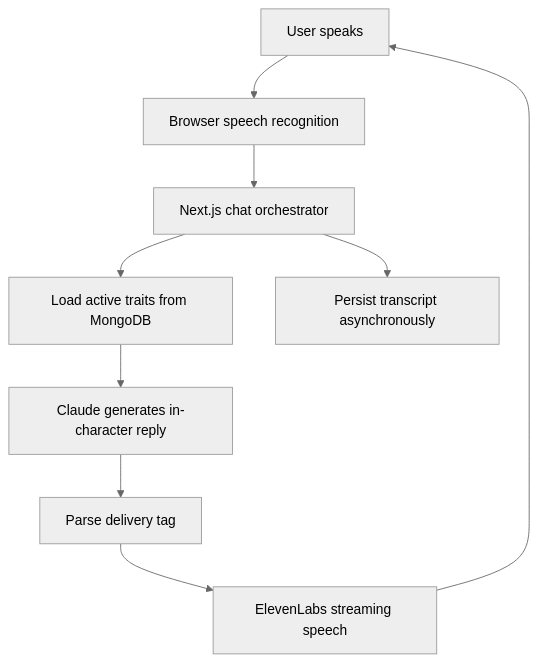
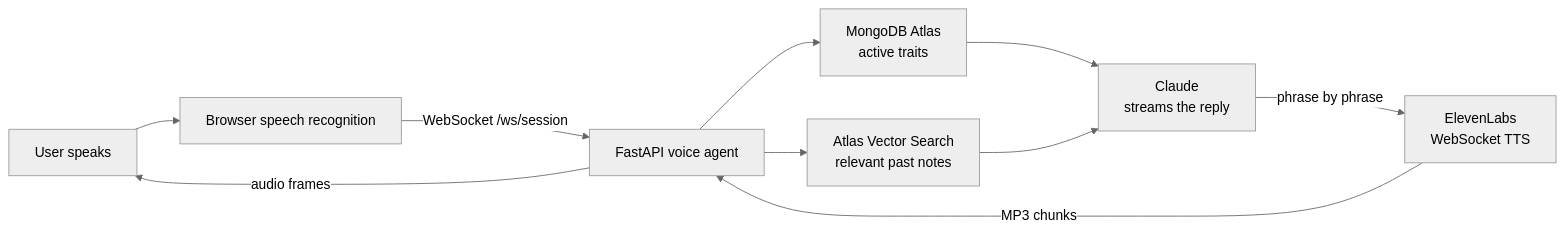
Before and after one commit to assemkdv/mongodb-ai-hackathon: the first of 4 diagrams in README.md, drawn with Mermaid (neutral theme). The commit also changed other lines of this file, not shown here.

Commit message:
Update README for the FastAPI voice agent, vector search and WebSocket streaming

````diff
--- a/README.md
+++ b/README.md
@@ -65,11 +74,12 @@
 ```mermaid
-flowchart TD
+flowchart LR
     U["User speaks"] --> STT["Browser speech recognition"]
-    STT --> CHAT["Next.js chat orchestrator"]
-    CHAT --> CTX["Load active traits from MongoDB"]
-    CTX --> LLM["Claude generates in-character reply"]
-    LLM --> TAG["Parse delivery tag"]
-    TAG --> TTS["ElevenLabs streaming speech"]
-    TTS --> U
-    CHAT --> LOG["Persist transcript asynchronously"]
+    STT -- "WebSocket /ws/session" --> API["FastAPI voice agent"]
+    API --> CTX["MongoDB Atlas<br/>active traits"]
+    API --> VS["Atlas Vector Search<br/>relevant past notes"]
+    CTX --> LLM["Claude<br/>streams the reply"]
+    VS --> LLM
+    LLM -- "phrase by phrase" --> EL["ElevenLabs<br/>WebSocket TTS"]
+    EL -- "MP3 chunks" --> API
+    API -- "audio frames" --> U
 ```
````
